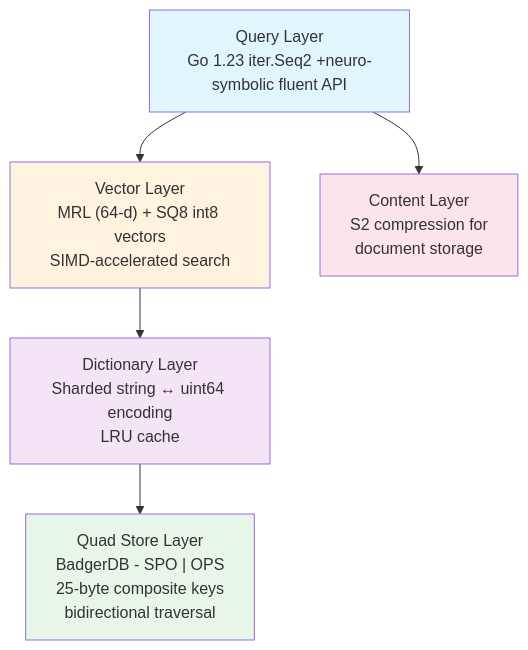
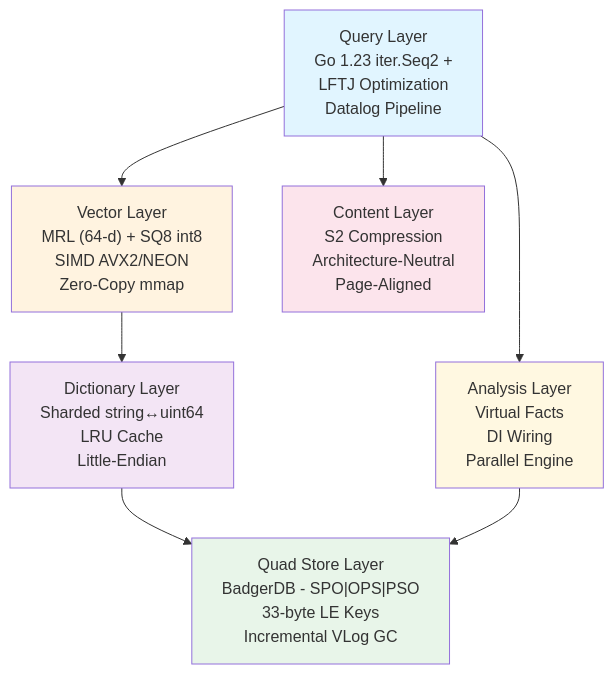
One commit to duynguyendang/meb changed the diagram in README.md. Above: the diagram before and after it, drawn with Mermaid. The commit also changed other lines of this file and 2 other files, not shown here.

````diff
--- a/README.md
+++ b/README.md
@@ -290,19 +363,23 @@
 ```mermaid
 graph TD
-    A["Query Layer<br/>Go 1.23 iter.Seq2 +</>neuro-symbolic fluent API"]
-    B["Vector Layer<br/>MRL (64-d) + SQ8 int8 vectors<br/>SIMD-accelerated search"]
-    C["Dictionary Layer<br/>Sharded string ↔ uint64 encoding<br/>LRU cache"]
-    D["Quad Store Layer<br/>BadgerDB - SPO | OPS<br/>25-byte composite keys<br/>bidirectional traversal"]
-    E["Content Layer<br/>S2 compression for<br/>document storage"]
+    A["Query Layer<br/>Go 1.23 iter.Seq2 +<br/>LFTJ Optimization<br/>Datalog Pipeline"]
+    B["Vector Layer<br/>MRL (64-d) + SQ8 int8<br/>SIMD AVX2/NEON<br/>Zero-Copy mmap"]
+    C["Dictionary Layer<br/>Sharded string↔uint64<br/>LRU Cache<br/>Little-Endian"]
+    D["Quad Store Layer<br/>BadgerDB - SPO|OPS|PSO<br/>33-byte LE Keys<br/>Incremental VLog GC"]
+    E["Content Layer<br/>S2 Compression<br/>Architecture-Neutral<br/>Page-Aligned"]
+    F["Analysis Layer<br/>Virtual Facts<br/>DI Wiring<br/>Parallel Engine"]
 
     A --> B
     B --> C
     C --> D
     A --> E
+    A --> F
+    F --> D
 
     style A fill:#e1f5ff
     style B fill:#fff3e0
     style C fill:#f3e5f5
     style D fill:#e8f5e9
     style E fill:#fce4ec
+    style F fill:#fff8e1
 ```
````
